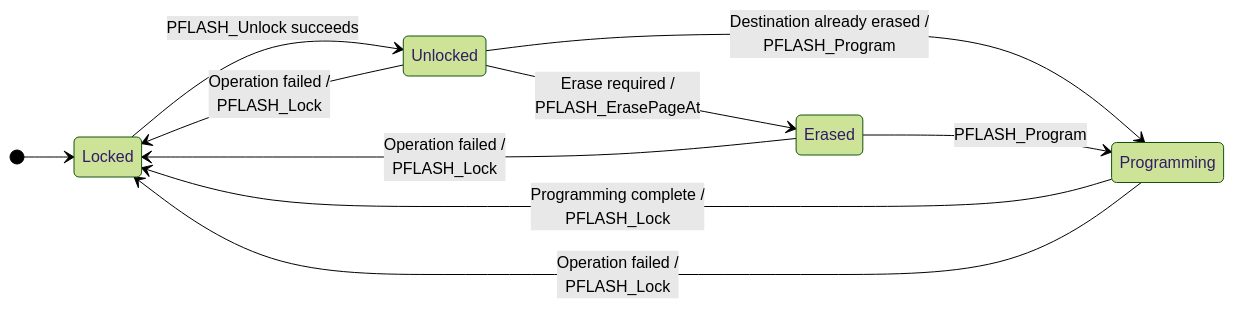
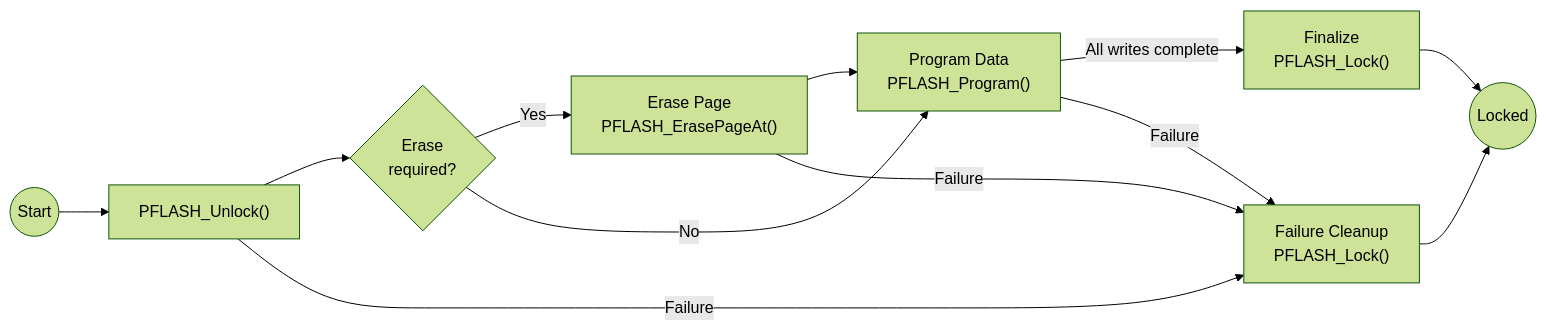
Before and after one commit to JP-REY/STM32F103C8T6-Based-Electronic-Lock: the third of 3 diagrams in Platforms/README.md, drawn with Mermaid (forest theme). The commit also changed other lines of this file and 22 other files, not shown here.

First line of the commit message:
docs: update project architecture and module documentation

````diff
--- a/Platforms/README.md
+++ b/Platforms/README.md
@@ -659,19 +597,28 @@
 ```mermaid
-stateDiagram-v2
-    direction LR
+flowchart LR
+    START((Start))
+    UNLOCK["PFLASH_Unlock()"]
+    ERASE{"Erase<br/>required?"}
+    ERASED["Erase Page<br/>PFLASH_ErasePageAt()"]
+    PROGRAM["Program Data<br/>PFLASH_Program()"]
+    FINALIZE["Finalize<br/>PFLASH_Lock()"]
+    FAILURE["Failure Cleanup<br/>PFLASH_Lock()"]
+    DONE((Locked))
 
-    [*] --> Locked
+    START --> UNLOCK
+    UNLOCK --> ERASE
 
-    Locked --> Unlocked: PFLASH_Unlock succeeds
+    ERASE -->|"Yes"| ERASED
+    ERASE -->|"No"| PROGRAM
 
-    Unlocked --> Erased: Erase required / <br/>PFLASH_ErasePageAt
-    Unlocked --> Programming: Destination already erased / <br/>PFLASH_Program
+    ERASED --> PROGRAM
 
-    Erased --> Programming: PFLASH_Program
+    PROGRAM -->|"All writes complete"| FINALIZE
+    FINALIZE --> DONE
 
-    Programming --> Locked: Programming complete / <br/>PFLASH_Lock
+    UNLOCK -->|"Failure"| FAILURE
+    ERASED -->|"Failure"| FAILURE
+    PROGRAM -->|"Failure"| FAILURE
 
-    Unlocked --> Locked: Operation failed / <br/>PFLASH_Lock
-    Erased --> Locked: Operation failed / <br/>PFLASH_Lock
-    Programming --> Locked: Operation failed / <br/>PFLASH_Lock
+    FAILURE --> DONE
 ```
````
